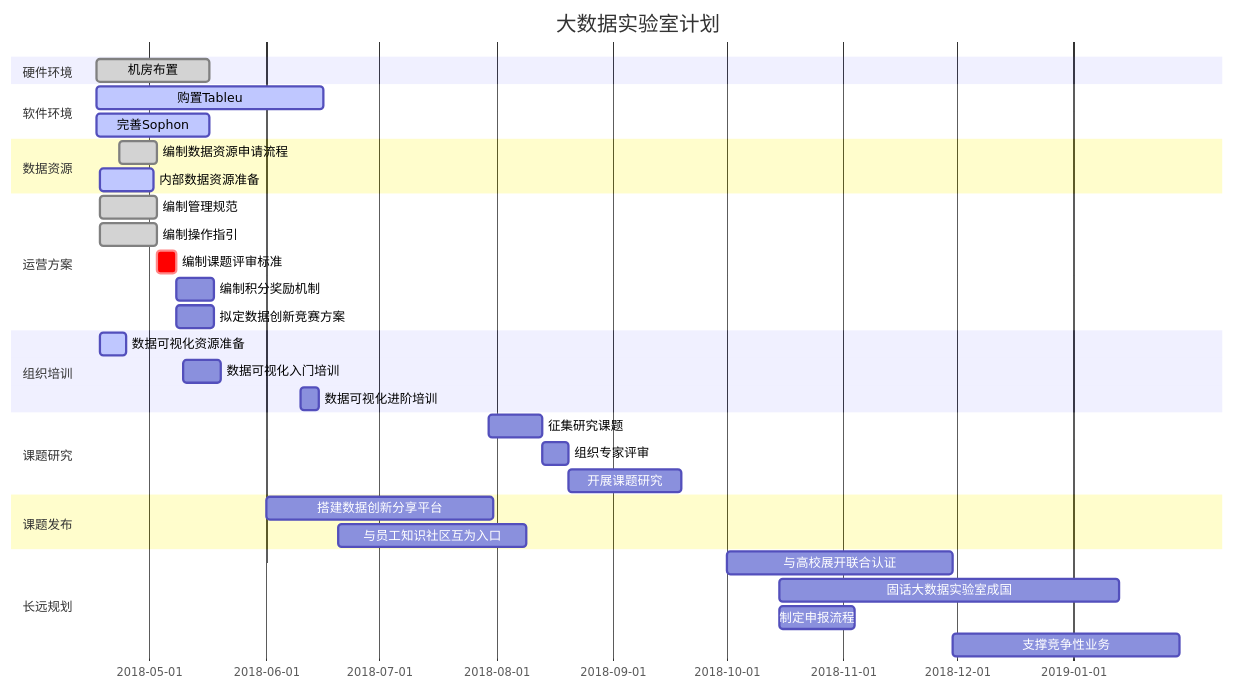
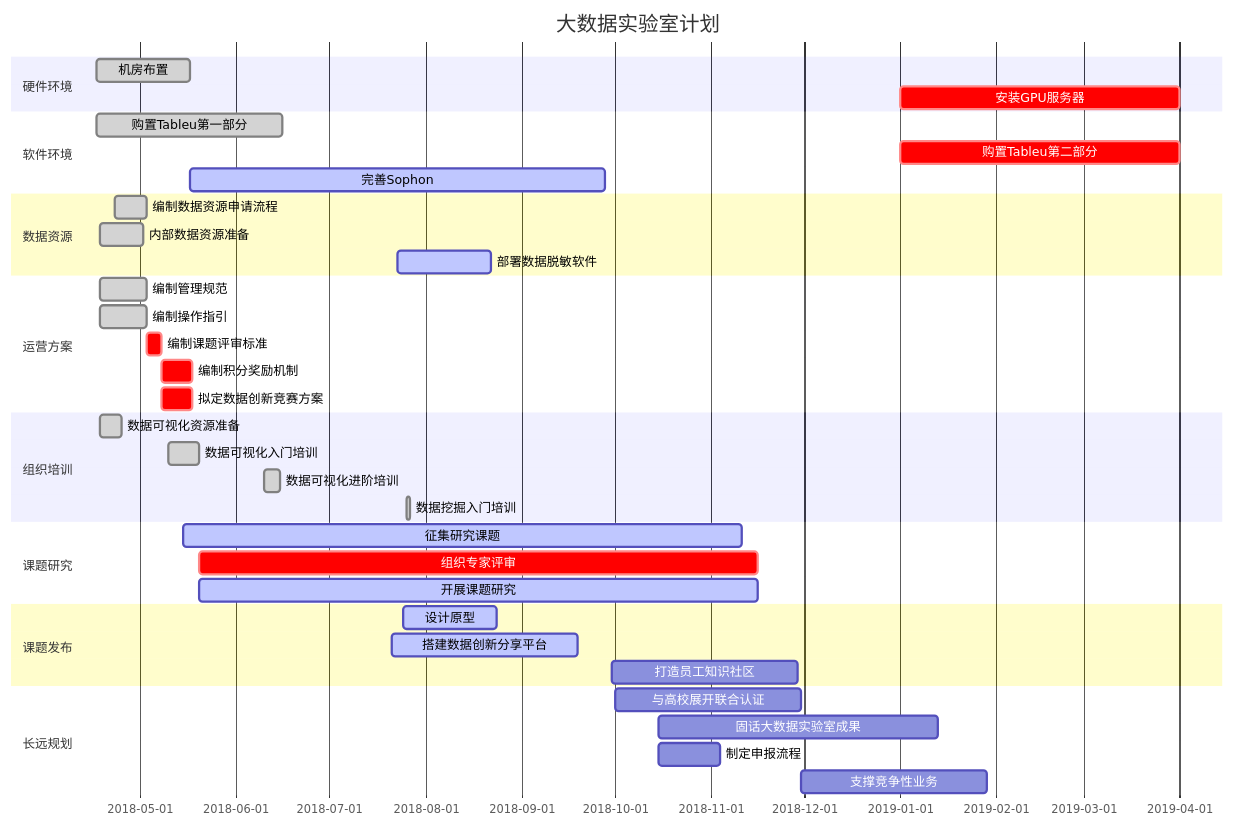
Before and after one commit to everitt257/everitt257.github.io: the diagram in _posts/2018-05-24-bigdatalab.md, drawn with Mermaid. The commit also changed 168 other files, not shown here.

```diff
--- a/_posts/2018-05-24-bigdatalab.md
+++ b/_posts/2018-05-24-bigdatalab.md
@@ -10,43 +10,48 @@
 <div class="mermaid">
 gantt
     title 大数据实验室计划
     dateFormat YYYY-MM-DD
     
     section 硬件环境       
     机房布置 : done, a1, 2018-04-17, 30d
+    安装GPU服务器 : crit, a8, 2019-01-01, 90d
     
     section 软件环境
-    购置Tableu : active, a2, 2018-04-17, 60d
-    完善Sophon : active, a3, 2018-04-17, 30d
+    购置Tableu第一部分 : done, a2, 2018-04-17, 60d
+    购置Tableu第二部分 : crit, buy1, 2019-01-01, 90d
+    完善Sophon : active, a3, 2018-05-17, 2018-09-28
     
     section 数据资源
     编制数据资源申请流程 : done, a4, 2018-04-23, 10d
-    内部数据资源准备 : active, i1, 2018-04-18, 14d
+    内部数据资源准备 : done, i1, 2018-04-18, 14d
+    部署数据脱敏软件 : active, de2, 2018-07-23, 30d
 
     section 运营方案
     编制管理规范 : done,a5, 2018-04-18, 15d
     编制操作指引 : done, a6, 2018-04-18, 15d
     编制课题评审标准 : crit, a7, after a6, 5d
-    编制积分奖励机制 : a8, after a7, 10d
-    拟定数据创新竞赛方案 : a9, after a7, 10d
+    编制积分奖励机制 : crit, a8, after a7, 10d
+    拟定数据创新竞赛方案 : crit, a9, after a7, 10d
 
     section 组织培训
-    数据可视化资源准备 : active, l1, 2018-04-18,  7d
-    数据可视化入门培训 : d1, 2018-05-10 , 2018-05-20
-    数据可视化进阶培训 : d2, 2018-06-10 , 5d
+    数据可视化资源准备 : done, l1, 2018-04-18,  7d
+    数据可视化入门培训 : done, 2018-05-10 , 2018-05-20
+    数据可视化进阶培训 : done, 2018-06-10 , 5d
+    数据挖掘入门培训 : done, 2018-07-26, 1d
 
     section 课题研究
-    征集研究课题 : k1, 2018-07-30, 14d
-    组织专家评审 : k2, after k1, 7d
-    开展课题研究 : k3, after k2, 30d
+    征集研究课题 : active, k1, 2018-05-15, 180d
+    组织专家评审 : crit, k2, 2018-05-20, 180d
+    开展课题研究 : active, k3, 2018-05-20, 180d
 
     section 课题发布
-    搭建数据创新分享平台 : x1, 2018-06-01, 60d
-    与员工知识社区互为入口 : x2, 2018-06-20, 50d
+    设计原型: active, x1, 2018-07-25, 30d
+    搭建数据创新分享平台 : active, x2, 2018-07-21, 60d
+    打造员工知识社区 : x3, 2018-09-30, 60d
     
     section 长远规划
     与高校展开联合认证 : r1, 2018-10-01, 60d
-    固话大数据实验室成国 : r2, 2018-10-15, 90d
+    固话大数据实验室成果 : r2, 2018-10-15, 90d
     制定申报流程 : r3, 2018-10-15, 20d
     支撑竞争性业务 : r4, after r1, 60d
 </div>
```
